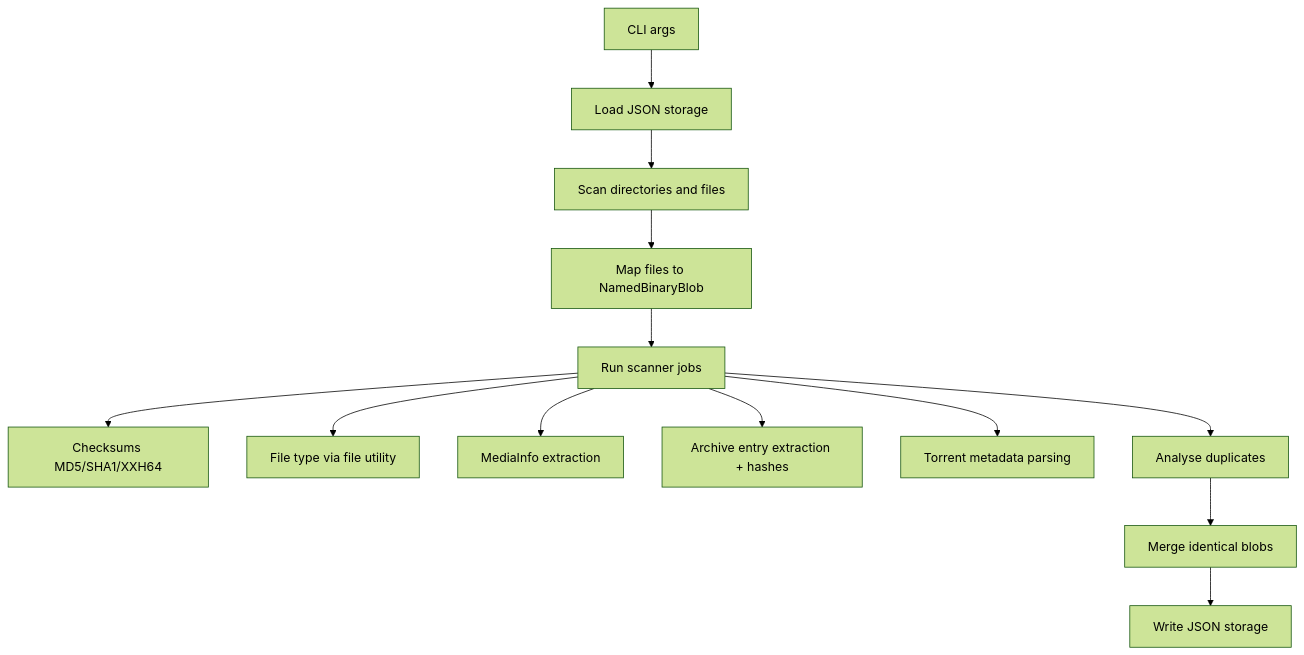
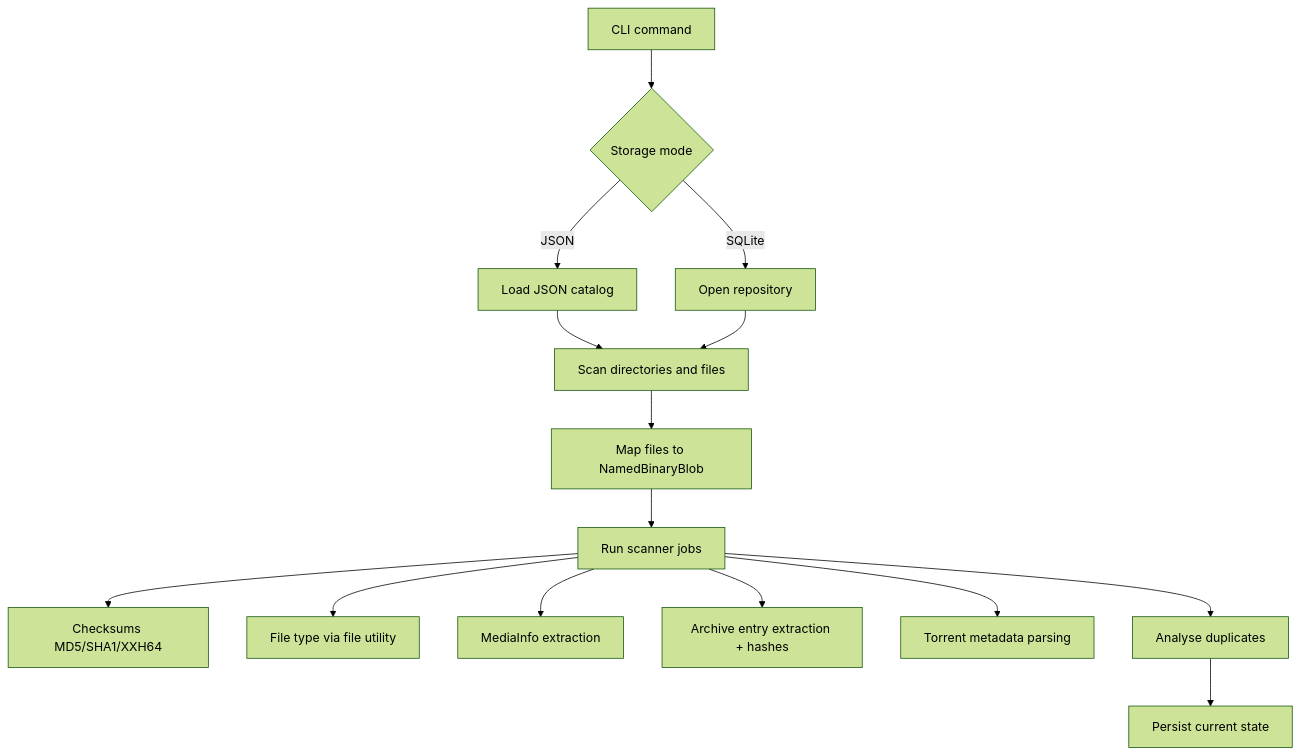
One commit to cschlote/DosierSkanilo changed the first of 3 diagrams in docs/ARCHITECTURE.md. Above: the diagram before and after it, drawn with Mermaid (forest theme). The commit also changed other lines of this file and 3 other files, not shown here.

Commit message:
Align documentation with current CLI

````diff
--- a/docs/ARCHITECTURE.md
+++ b/docs/ARCHITECTURE.md
@@ -8,15 +8,17 @@
 ```mermaid
 flowchart TD
-    A[CLI args] --> B[Load JSON storage]
-    B --> C[Scan directories and files]
-    C --> D[Map files to NamedBinaryBlob]
-    D --> E[Run scanner jobs]
-    E --> E1[Checksums MD5/SHA1/XXH64]
-    E --> E2[File type via file utility]
-    E --> E3[MediaInfo extraction]
-    E --> E4[Archive entry extraction + hashes]
-    E --> E5[Torrent metadata parsing]
-    E --> F[Analyse duplicates]
-    F --> G[Merge identical blobs]
-    G --> H[Write JSON storage]
+    A[CLI command] --> B{Storage mode}
+    B -->|JSON| C[Load JSON catalog]
+    B -->|SQLite| D[Open repository]
+    C --> E[Scan directories and files]
+    D --> E
+    E --> F[Map files to NamedBinaryBlob]
+    F --> G[Run scanner jobs]
+    G --> G1[Checksums MD5/SHA1/XXH64]
+    G --> G2[File type via file utility]
+    G --> G3[MediaInfo extraction]
+    G --> G4[Archive entry extraction + hashes]
+    G --> G5[Torrent metadata parsing]
+    G --> H[Analyse duplicates]
+    H --> I[Persist current state]
 ```
````
